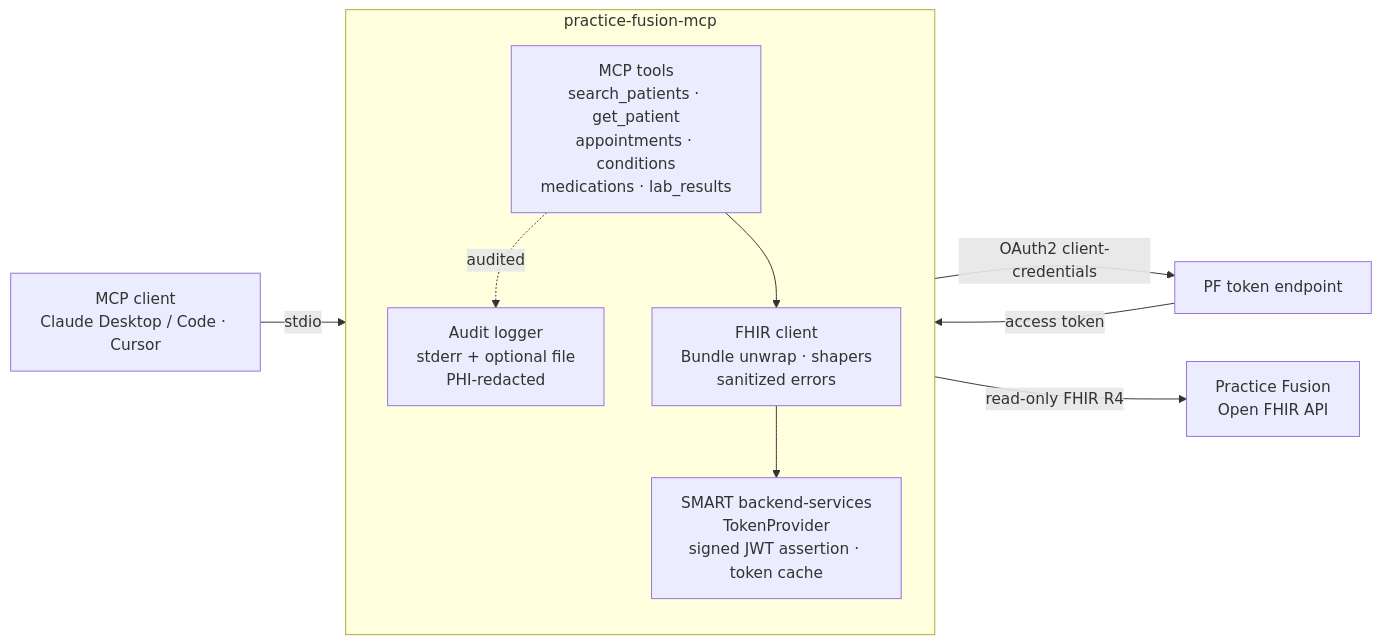
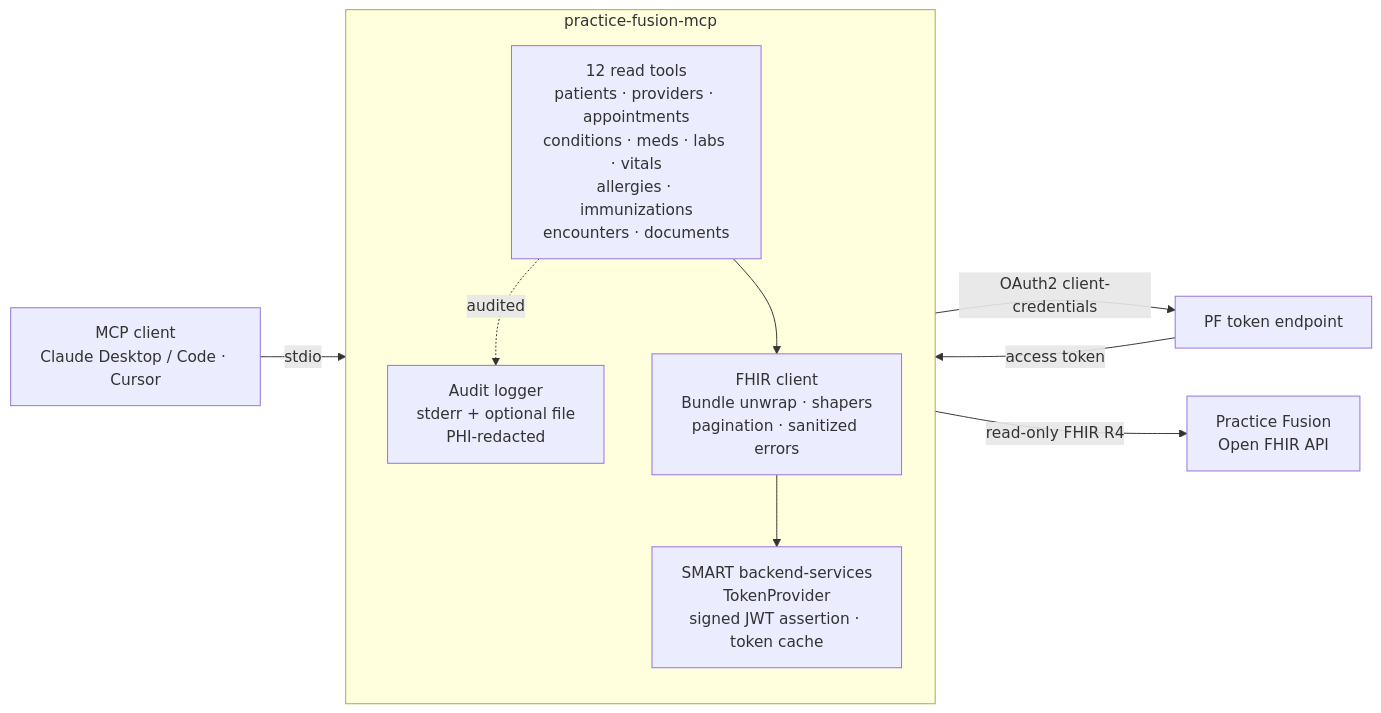
Before and after one commit to kushaim/practice-fusion-mcp: the diagram in README.md, drawn with Mermaid. The commit also changed other lines of this file and 26 other files, not shown here.

````diff
--- a/README.md
+++ b/README.md
@@ -16,19 +28,19 @@
 ```mermaid
 flowchart LR
     C["MCP client<br/>Claude Desktop / Code · Cursor"] -- stdio --> S
 
     subgraph S["practice-fusion-mcp"]
       direction TB
-      T["MCP tools<br/>search_patients · get_patient<br/>appointments · conditions<br/>medications · lab_results"]
+      T["12 read tools<br/>patients · providers · appointments<br/>conditions · meds · labs · vitals<br/>allergies · immunizations<br/>encounters · documents"]
       A["Audit logger<br/>stderr + optional file<br/>PHI-redacted"]
-      F["FHIR client<br/>Bundle unwrap · shapers<br/>sanitized errors"]
+      F["FHIR client<br/>Bundle unwrap · shapers<br/>pagination · sanitized errors"]
       TP["SMART backend-services<br/>TokenProvider<br/>signed JWT assertion · token cache"]
       T -. audited .-> A
       T --> F
       F --> TP
     end
 
     TP -- "OAuth2 client-credentials" --> AUTH["PF token endpoint"]
     F -- "read-only FHIR R4" --> PF["Practice Fusion<br/>Open FHIR API"]
     AUTH -- access token --> F
 ```
````
